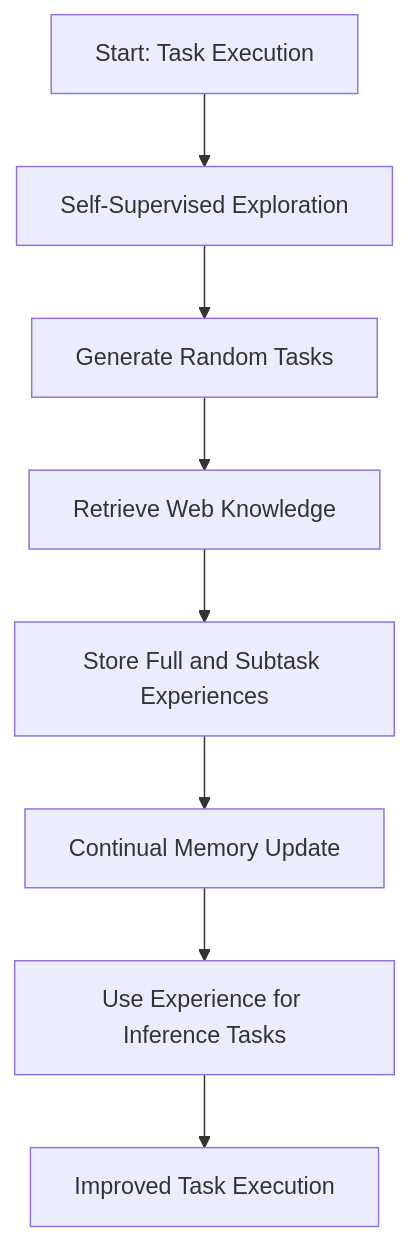
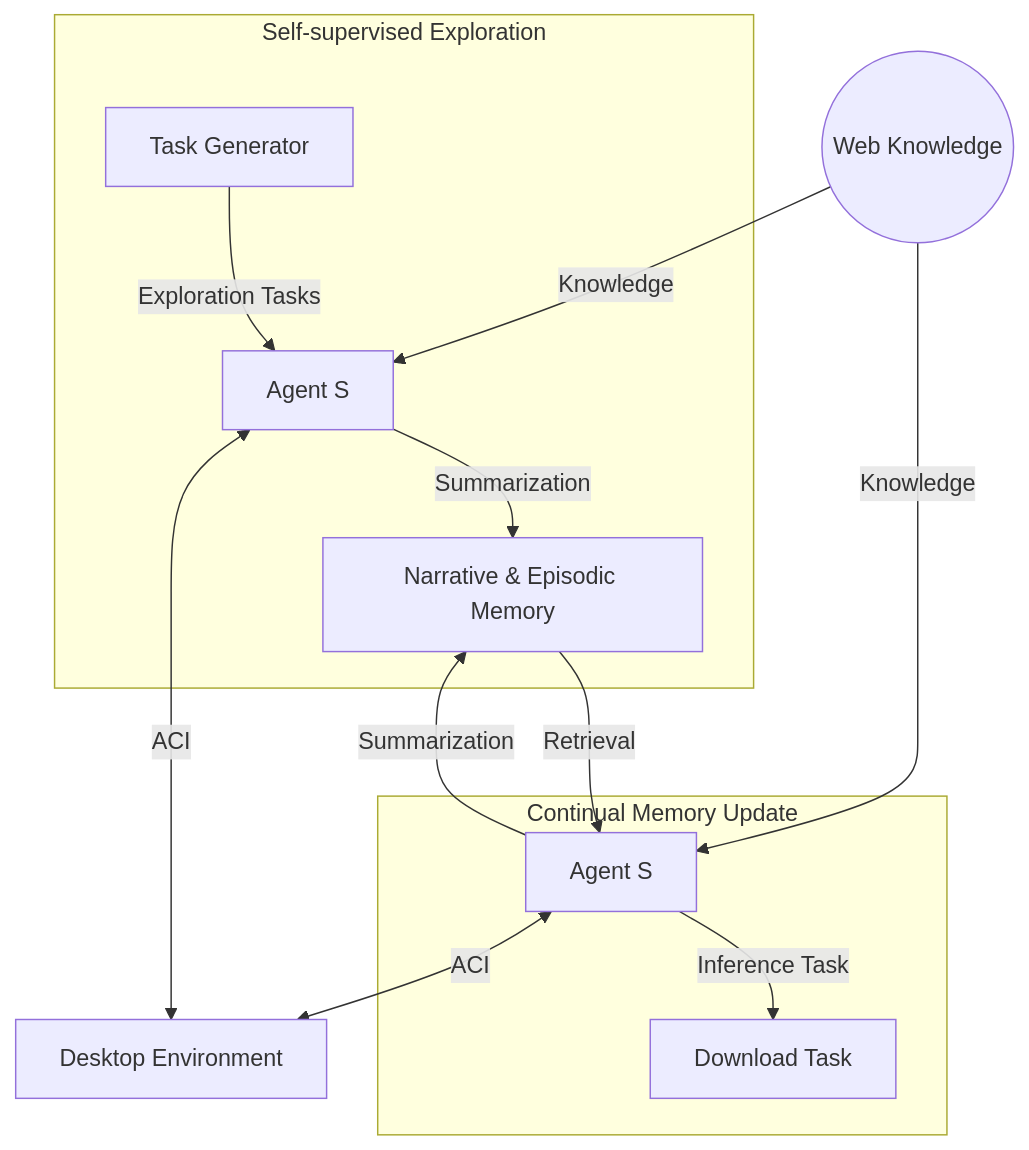
Before and after one commit to Distracted-E421/Project-Datapunk: the third of 3 diagrams in datapunk/docs/Agentic Research/AgentS.md, drawn with Mermaid. The commit also changed other lines of this file, not shown here.

````diff
--- a/datapunk/docs/Agentic Research/AgentS.md
+++ b/datapunk/docs/Agentic Research/AgentS.md
@@ -202,20 +199,17 @@
 ```mermaid
-graph TD
-    Start[Start: Task Execution]
-    Exploration[Self-Supervised Exploration]
-    RandomTasks[Generate Random Tasks]
-    WebKnowledge[Retrieve Web Knowledge]
-    Experience[Store Full and Subtask Experiences]
-    Update[Continual Memory Update]
-    Inference[Use Experience for Inference Tasks]
-    End[Improved Task Execution]
+flowchart TD
+    subgraph SelfSupervised["Self-supervised Exploration"]
+        TG[Task Generator] -->|Exploration Tasks| AS1[Agent S]
+        AS1 -->|Summarization| MEM[Narrative & Episodic Memory]
+    end
 
-    Start --> Exploration
-    Exploration --> RandomTasks
-    RandomTasks --> WebKnowledge
-    WebKnowledge --> Experience
-    Experience --> Update
-    Update --> Inference
-    Inference --> End
+    subgraph ContinualMemory["Continual Memory Update"]
+        AS2[Agent S] -->|Summarization| MEM
+        AS2 -->|Inference Task| Download[Download Task]
+    end
 
+    MEM -->|Retrieval| AS2
+    
+    Cloud((Web Knowledge)) -->|Knowledge| AS1 & AS2
+    AS1 & AS2 <-->|ACI| DE[Desktop Environment]
 ```
````
